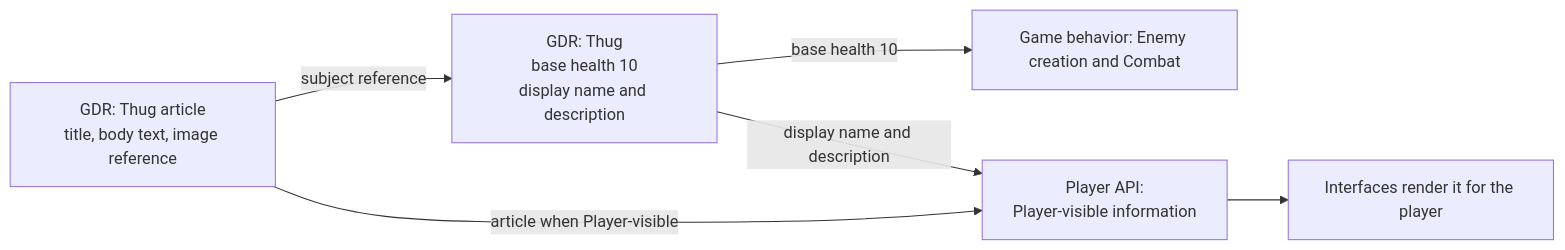
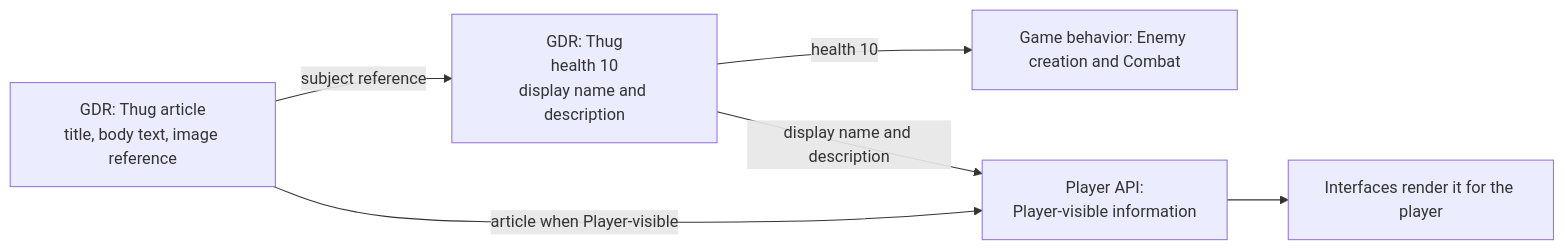
One commit to konrad-jamrozik/game-v5 changed the seventh of 7 diagrams in docs/specs/foundation/game-data-records.md. Above: the diagram before and after it, drawn with Mermaid. The commit also changed other lines of this file and 15 other files, not shown here.

````diff
--- a/docs/specs/foundation/game-data-records.md
+++ b/docs/specs/foundation/game-data-records.md
@@ -300,10 +378,10 @@
 ```mermaid
 flowchart LR
-    Thug["GDR: Thug<br/>base health 10<br/>display name and description"]
+    Thug["GDR: Thug<br/>health 10<br/>display name and description"]
     Article["GDR: Thug article<br/>title, body text, image reference"]
     Article -->|subject reference| Thug
-    Thug -->|base health 10| Combat["Game behavior: Enemy creation and Combat"]
+    Thug -->|health 10| Combat["Game behavior: Enemy creation and Combat"]
     Thug -->|display name and description| PlayerAPI["Player API:<br/>Player-visible information"]
     Article -->|article when Player-visible| PlayerAPI
     PlayerAPI --> Interfaces["Interfaces render it for the player"]
 ```
````
